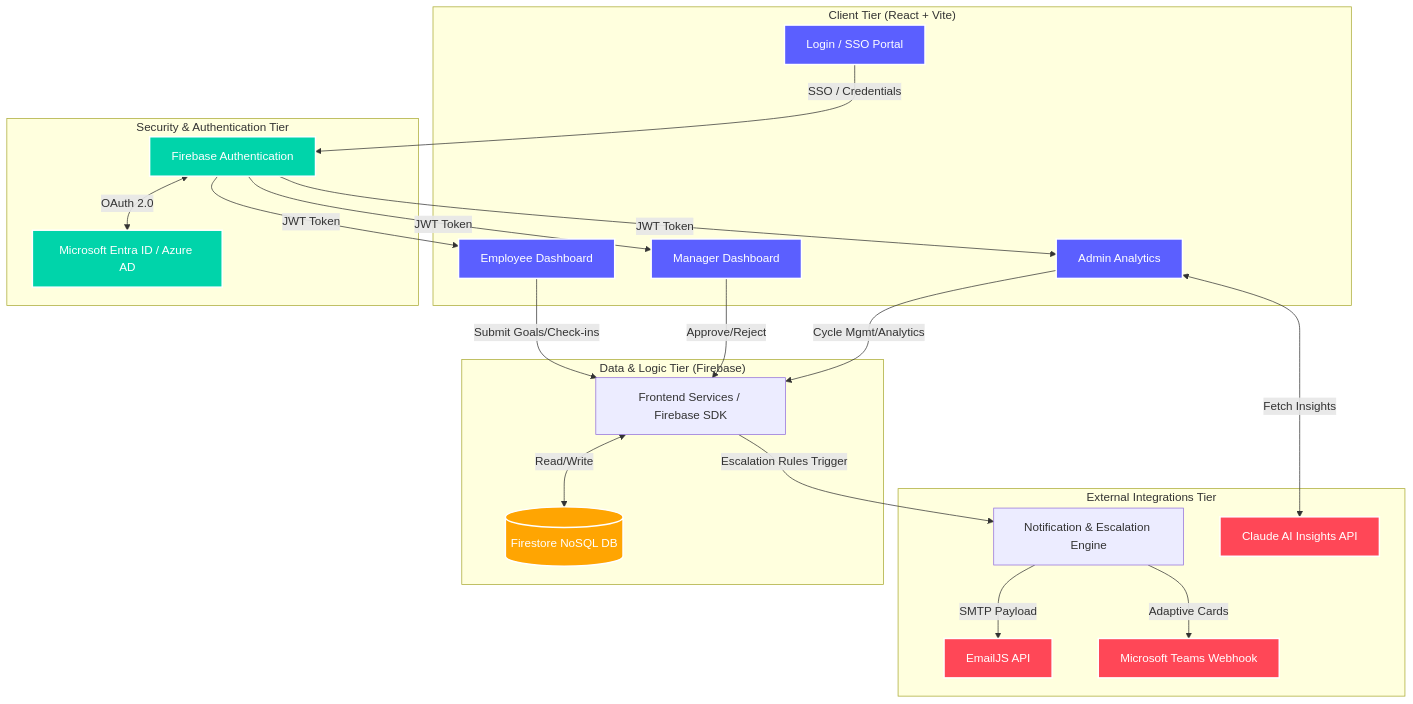
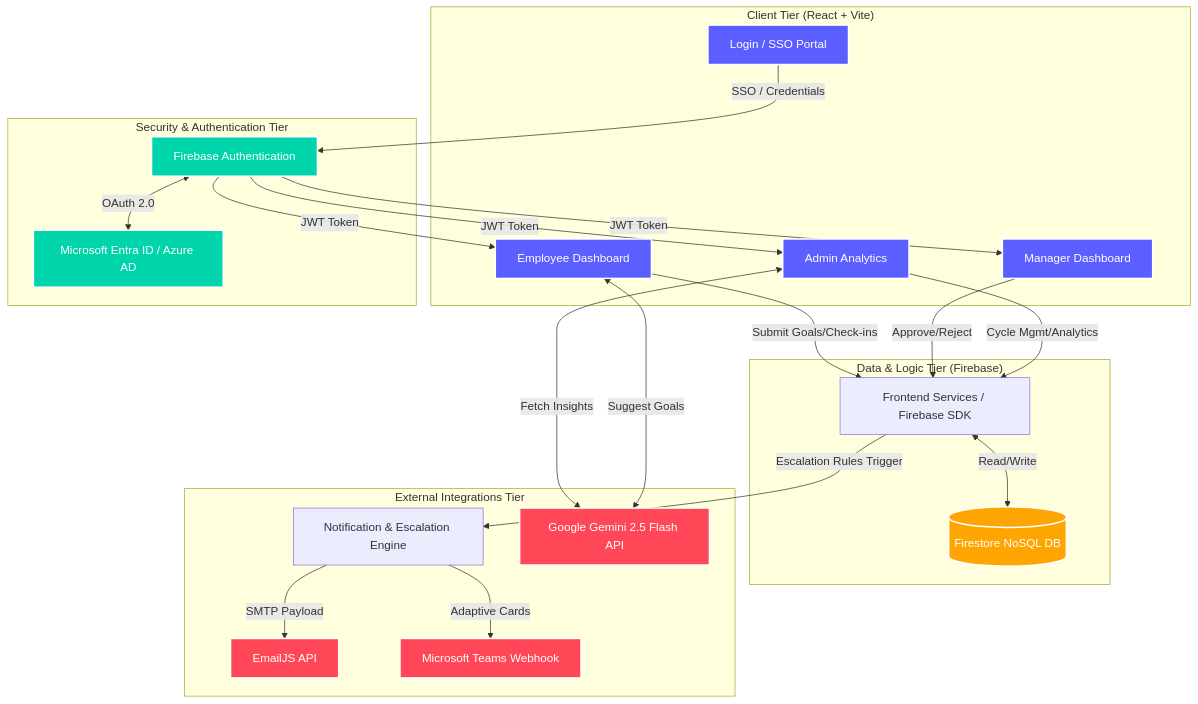
One commit to Naren-bit/Nexus-Performance-Platform changed the diagram in ARCHITECTURE.md. Above: the diagram before and after it, drawn with Mermaid. The commit also changed 7 other files, not shown here.

Commit message:
feat: integrate live Gemini 2.5 Flash API with local fallback and premium modal transitions

````diff
--- a/ARCHITECTURE.md
+++ b/ARCHITECTURE.md
@@ -6,61 +6,62 @@
 ```mermaid
 graph TD
     %% User Interfaces
     subgraph "Client Tier (React + Vite)"
         UI_Login[Login / SSO Portal]
         UI_Emp[Employee Dashboard]
         UI_Mgr[Manager Dashboard]
         UI_Admin[Admin Analytics]
     end
 
     %% Routing & Auth
     UI_Login --> |"SSO / Credentials"| Auth_Layer
 
     subgraph "Security & Authentication Tier"
         Auth_Layer[Firebase Authentication]
         Entra_ID[Microsoft Entra ID / Azure AD]
         Auth_Layer <--> |"OAuth 2.0"| Entra_ID
     end
 
     %% State and Logic
     Auth_Layer --> |"JWT Token"| UI_Emp
     Auth_Layer --> |"JWT Token"| UI_Mgr
     Auth_Layer --> |"JWT Token"| UI_Admin
 
     %% Core Application Logic
     UI_Emp --> |"Submit Goals/Check-ins"| AppLogic
     UI_Mgr --> |"Approve/Reject"| AppLogic
     UI_Admin --> |"Cycle Mgmt/Analytics"| AppLogic
 
     subgraph "Data & Logic Tier (Firebase)"
         AppLogic[Frontend Services / Firebase SDK]
         Firestore[(Firestore NoSQL DB)]
         
         AppLogic <--> |"Read/Write"| Firestore
     end
 
     %% Event Triggers and Integrations
     AppLogic --> |"Escalation Rules Trigger"| NotificationEngine
 
     subgraph "External Integrations Tier"
         NotificationEngine[Notification & Escalation Engine]
         EmailJS[EmailJS API]
         MSTeams[Microsoft Teams Webhook]
-        ClaudeAI[Claude AI Insights API]
+        GeminiAI[Google Gemini 2.5 Flash API]
         
         NotificationEngine --> |"SMTP Payload"| EmailJS
         NotificationEngine --> |"Adaptive Cards"| MSTeams
-        UI_Admin <--> |"Fetch Insights"| ClaudeAI
+        UI_Admin <--> |"Fetch Insights"| GeminiAI
+        UI_Emp <--> |"Suggest Goals"| GeminiAI
     end
 
     %% Styling
     classDef primary fill:#5B5FFF,stroke:#fff,stroke-width:2px,color:#fff;
     classDef secondary fill:#00D4AA,stroke:#fff,stroke-width:2px,color:#fff;
     classDef external fill:#FF4757,stroke:#fff,stroke-width:2px,color:#fff;
     classDef db fill:#FFA502,stroke:#fff,stroke-width:2px,color:#fff;
 
     class UI_Login,UI_Emp,UI_Mgr,UI_Admin primary;
     class Auth_Layer,Entra_ID secondary;
-    class EmailJS,MSTeams,ClaudeAI external;
+    class EmailJS,MSTeams,GeminiAI external;
     class Firestore db;
 ```
````
